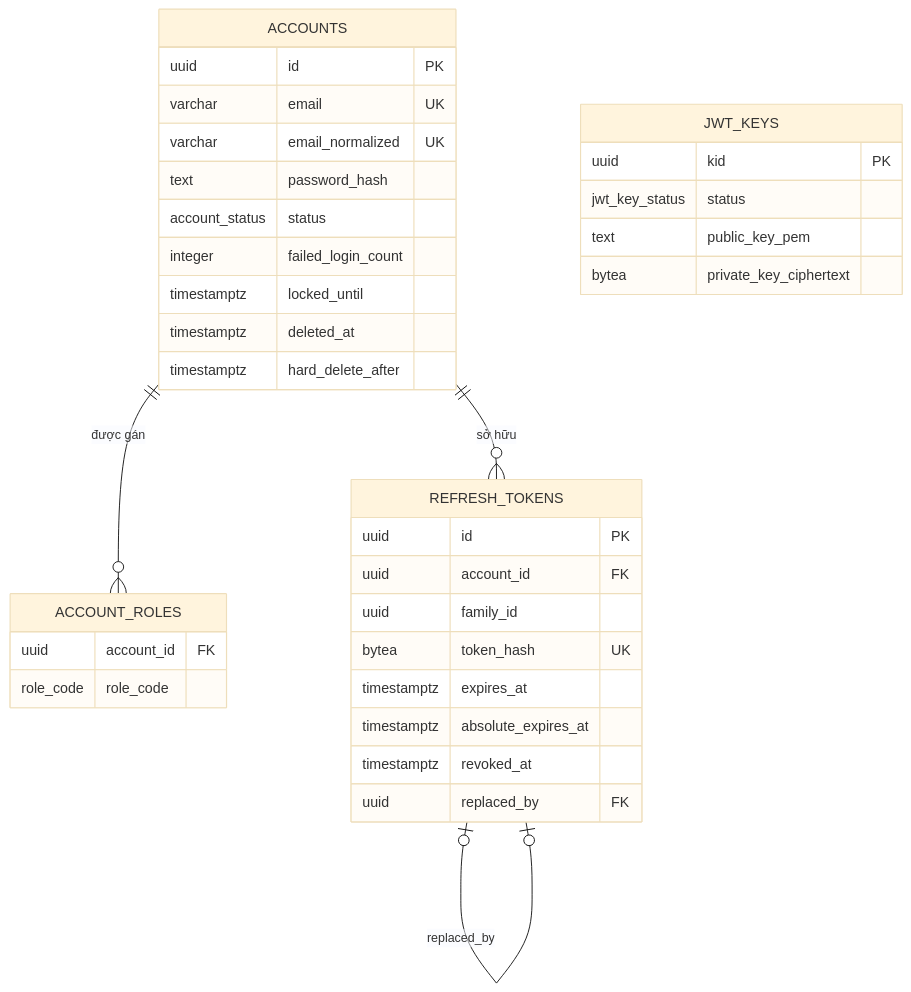
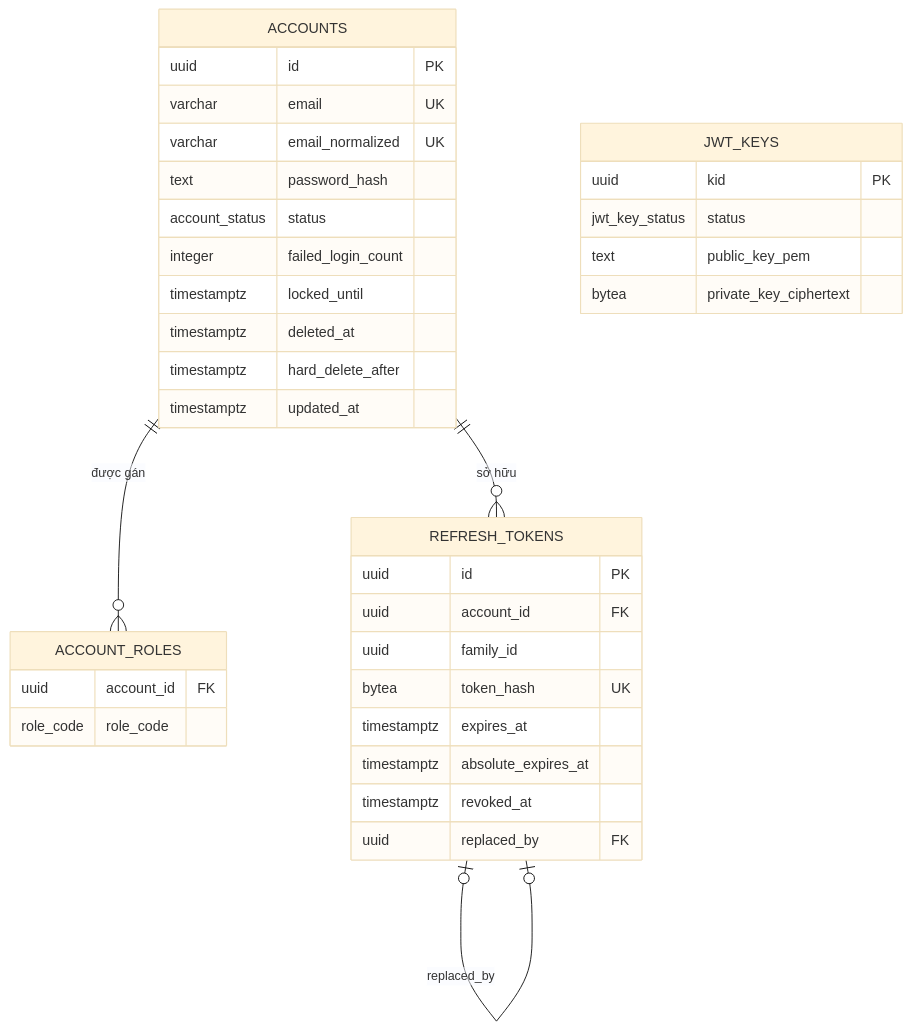
One commit to quangdung2110/e-commerce-microservices changed the diagram in docs/auth/data.md. Above: the diagram before and after it, drawn with Mermaid (base theme). The commit also changed other lines of this file and 63 other files, not shown here.

````diff
--- a/docs/auth/data.md
+++ b/docs/auth/data.md
@@ -42,37 +47,38 @@
 ```mermaid
 erDiagram
     ACCOUNTS {
         uuid id PK
         varchar email UK
         varchar email_normalized UK
         text password_hash
         account_status status
         integer failed_login_count
         timestamptz locked_until
         timestamptz deleted_at
         timestamptz hard_delete_after
+        timestamptz updated_at
     }
     ACCOUNT_ROLES {
         uuid account_id FK
         role_code role_code
     }
     REFRESH_TOKENS {
         uuid id PK
         uuid account_id FK
         uuid family_id
         bytea token_hash UK
         timestamptz expires_at
         timestamptz absolute_expires_at
         timestamptz revoked_at
         uuid replaced_by FK
     }
     JWT_KEYS {
         uuid kid PK
         jwt_key_status status
         text public_key_pem
         bytea private_key_ciphertext
     }
     ACCOUNTS ||--o{ ACCOUNT_ROLES : "được gán"
     ACCOUNTS ||--o{ REFRESH_TOKENS : "sở hữu"
     REFRESH_TOKENS o|--o| REFRESH_TOKENS : "replaced_by"
 ```
````
